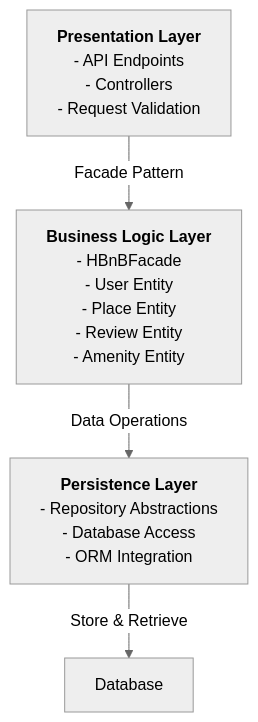
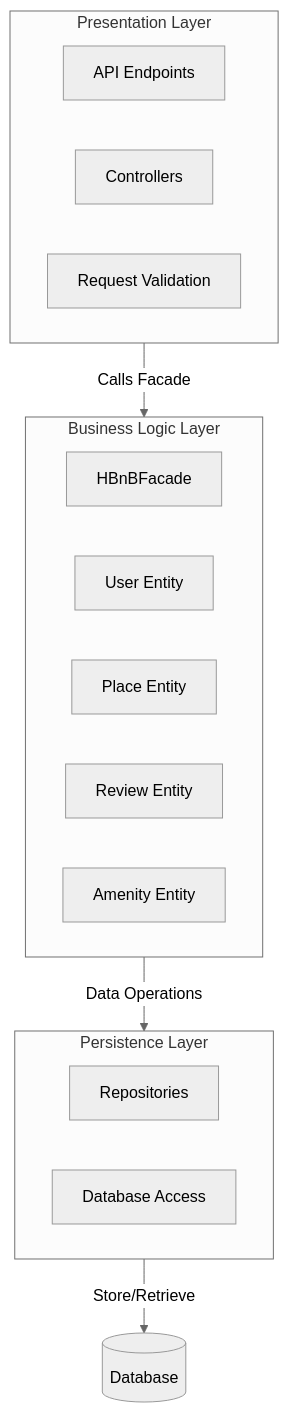
One commit to mnarzaid247-stack/holbertonschool-hbnb changed the first of 6 diagrams in part1/README.md. Above: the diagram before and after it, drawn with Mermaid (neutral theme). The commit also changed other lines of this file and 1 other file, not shown here.

````diff
--- a/part1/README.md
+++ b/part1/README.md
@@ -46,13 +67,27 @@
 ```mermaid
 flowchart TD
+    subgraph Presentation["Presentation Layer"]
+        API[API Endpoints]
+        Controllers[Controllers]
+        Validation[Request Validation]
+    end
 
-P["<b>Presentation Layer</b><br/>- API Endpoints<br/>- Controllers<br/>- Request Validation"]
-B["<b>Business Logic Layer</b><br/>- HBnBFacade<br/>- User Entity<br/>- Place Entity<br/>- Review Entity<br/>- Amenity Entity"]
-D["<b>Persistence Layer</b><br/>- Repository Abstractions<br/>- Database Access<br/>- ORM Integration"]
+    subgraph Business["Business Logic Layer"]
+        Facade[HBnBFacade]
+        User[User Entity]
+        Place[Place Entity]
+        Review[Review Entity]
+        Amenity[Amenity Entity]
+    end
 
-P -->|Facade Pattern| B
-B -->|Data Operations| D
-DB["Database"]
-D -->|Store & Retrieve| DB
+    subgraph Persistence["Persistence Layer"]
+        Repos[Repositories]
+        ORM[Database Access]
+    end
 
+    DB[(Database)]
+
+    Presentation -->|"Calls Facade"| Business
+    Business -->|"Data Operations"| Persistence
+    Persistence -->|"Store/Retrieve"| DB
 ```
````
